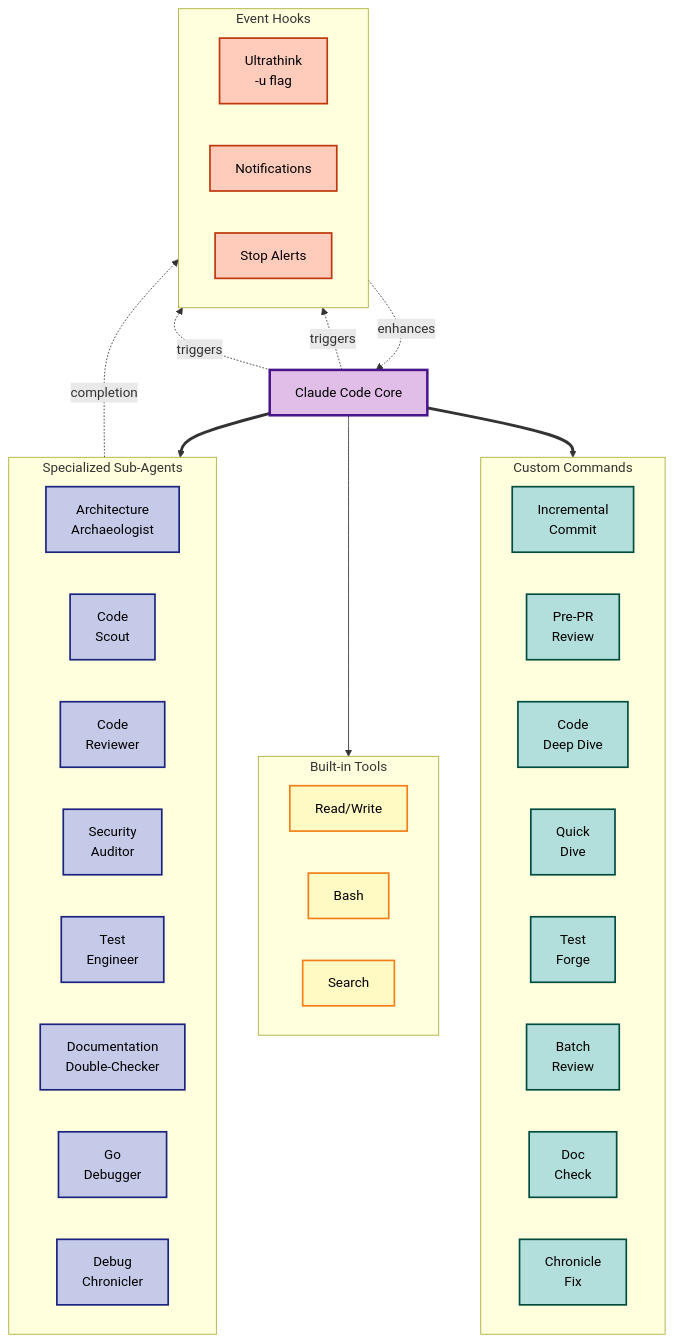
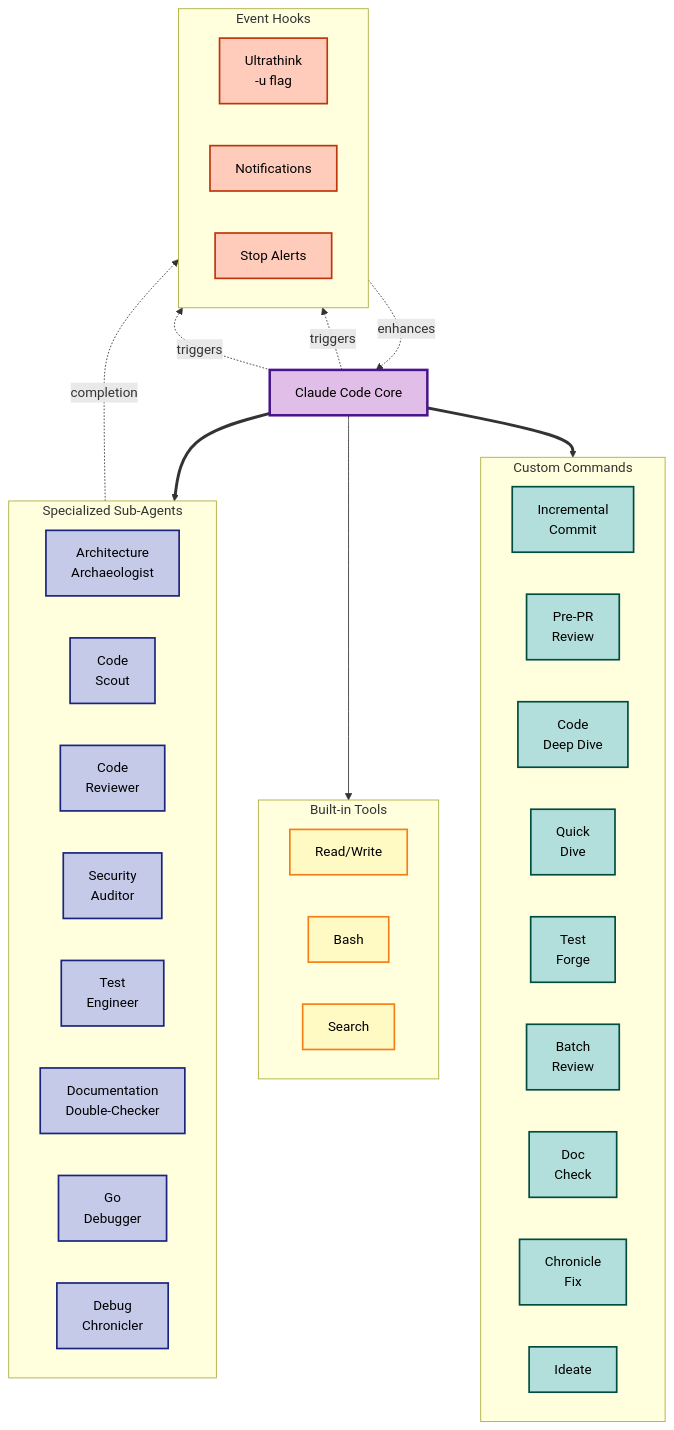
Before and after one commit to Roasbeef/claude-files: the diagram in README.md, drawn with Mermaid. The commit also changed other lines of this file and 1 other file, not shown here.

First line of the commit message:
commands: add /ideate interview-driven planning command

````diff
--- a/README.md
+++ b/README.md
@@ -122,71 +207,72 @@
 ```mermaid
 graph TB
     %% Core System
     Main[Claude Code Core]
     
     %% Built-in Tools
     subgraph Tools["Built-in Tools"]
         direction LR
         T1[Read/Write]
         T2[Bash]
         T3[Search]
     end
     
     %% Sub-Agents Layer
     subgraph Agents["Specialized Sub-Agents"]
         direction LR
         AA[Architecture<br/>Archaeologist]
         CS[Code<br/>Scout]
         CR[Code<br/>Reviewer]
         SA[Security<br/>Auditor]
         TE[Test<br/>Engineer]
         DD[Documentation<br/>Double-Checker]
         GD[Go<br/>Debugger]
         DC2[Debug<br/>Chronicler]
     end
     
     %% Commands Layer
     subgraph Commands["Custom Commands"]
         direction LR
         IC[Incremental<br/>Commit]
         PR[Pre-PR<br/>Review]
         CD[Code<br/>Deep Dive]
         QD[Quick<br/>Dive]
         TF[Test<br/>Forge]
         BR[Batch<br/>Review]
         DC[Doc<br/>Check]
         CF[Chronicle<br/>Fix]
+        ID[Ideate]
     end
     
     %% Hooks System
     subgraph Hooks["Event Hooks"]
         direction LR
         UT[Ultrathink<br/>-u flag]
         NH[Notifications]
         SH[Stop Alerts]
     end
     
     %% Connections - organized to minimize crossings
     Main --> Tools
     Main ==> Agents
     Main ==> Commands
     
     %% Hook interactions
     UT -.->|enhances| Main
     Main -.->|triggers| NH
     Main -.->|triggers| SH
     Agents -.->|completion| SH
     
     %% Styling
     classDef core fill:#e1bee7,stroke:#4a148c,stroke-width:3px,color:#000
     classDef agents fill:#c5cae9,stroke:#1a237e,stroke-width:2px,color:#000
     classDef commands fill:#b2dfdb,stroke:#004d40,stroke-width:2px,color:#000
     classDef hooks fill:#ffccbc,stroke:#bf360c,stroke-width:2px,color:#000
     classDef tools fill:#fff9c4,stroke:#f57f17,stroke-width:2px,color:#000
     
     class Main core
     class AA,CS,CR,SA,TE,DD,GD,DC2 agents
-    class IC,PR,CD,QD,TF,BR,DC,CF commands
+    class IC,PR,CD,QD,TF,BR,DC,CF,ID commands
     class UT,NH,SH hooks
     class T1,T2,T3 tools
 ```
````
